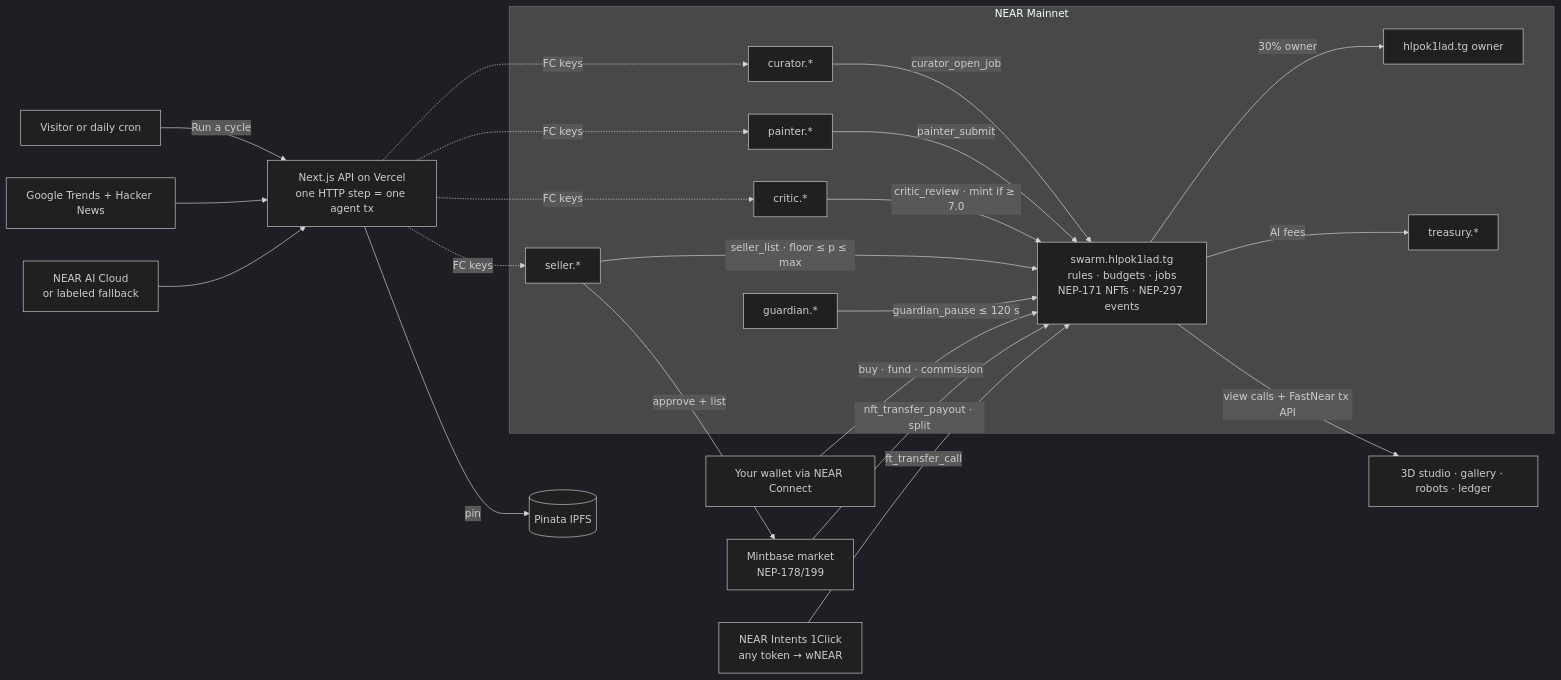
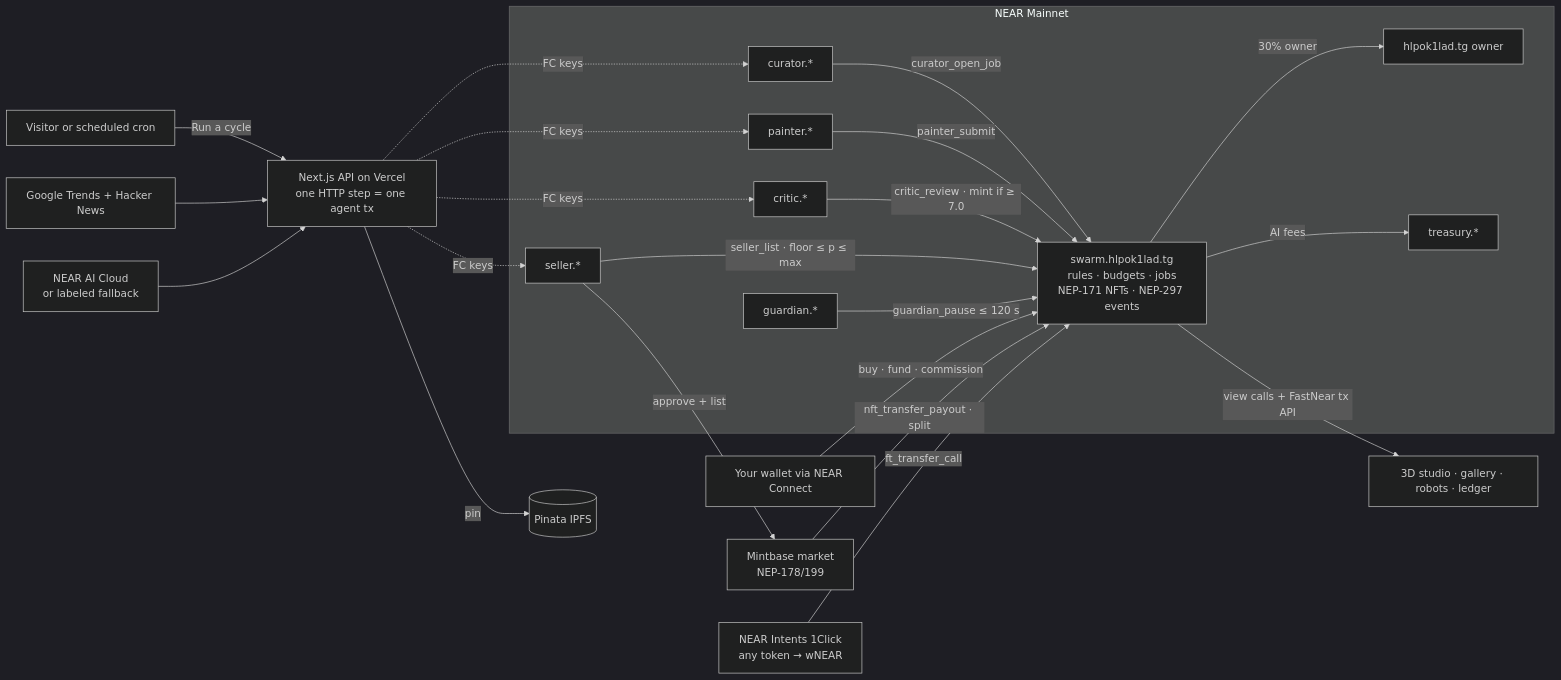
One commit to sinajalilian01-x1/muse-swarm changed the diagram in README.md. Above: the diagram before and after it, drawn with Mermaid (dark theme). The commit also changed other lines of this file and 3 other files, not shown here.

````diff
--- a/README.md
+++ b/README.md
@@ -57,23 +57,23 @@
 ```mermaid
 flowchart LR
-  V[Visitor or daily cron] -->|Run a cycle| API[Next.js API on Vercel<br/>one HTTP step = one agent tx]
+  V[Visitor or scheduled cron] -->|Run a cycle| API[Next.js API on Vercel<br/>one HTTP step = one agent tx]
   T[Google Trends + Hacker News] --> API
   AI[NEAR AI Cloud<br/>or labeled fallback] --> API
   API -->|pin| IPFS[(Pinata IPFS)]
   subgraph NEAR Mainnet
     C[swarm.hlpok1lad.tg<br/>rules · budgets · jobs<br/>NEP-171 NFTs · NEP-297 events]
     CU[curator.*] -->|curator_open_job| C
     PA[painter.*] -->|painter_submit| C
     CR[critic.*] -->|critic_review · mint if ≥ 7.0| C
     SE[seller.*] -->|seller_list · floor ≤ p ≤ max| C
     G[guardian.*] -->|guardian_pause ≤ 120 s| C
     C -->|30% owner| O[hlpok1lad.tg owner]
     C -->|AI fees| TR[treasury.*]
   end
   API -. FC keys .-> CU & PA & CR & SE
   W[Your wallet via NEAR Connect] -->|buy · fund · commission| C
   SE -->|approve + list| MB[Mintbase market<br/>NEP-178/199]
   MB -->|nft_transfer_payout · split| C
   I[NEAR Intents 1Click<br/>any token → wNEAR] -->|ft_transfer_call| C
   C -->|view calls + FastNear tx API| UI[3D studio · gallery · robots · ledger]
 ```
````
